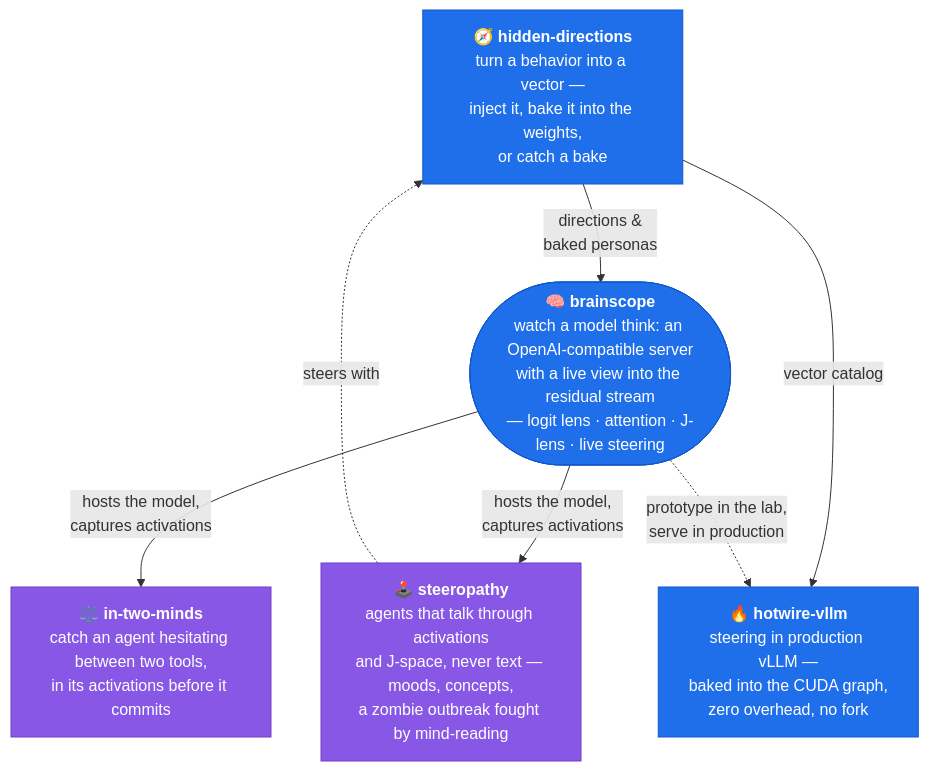
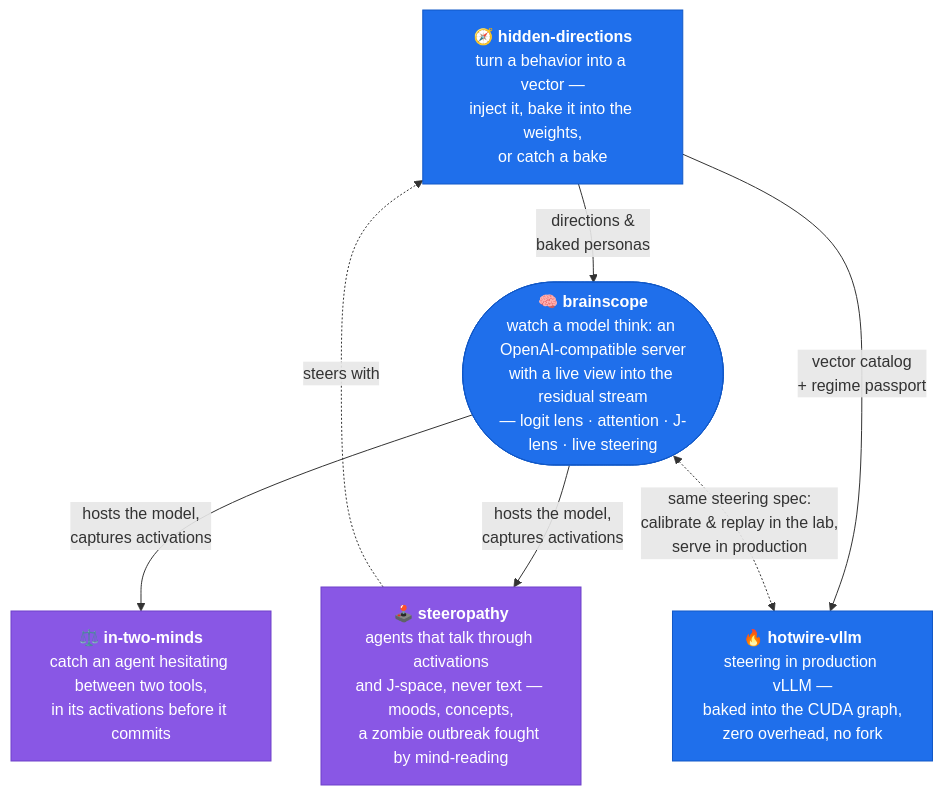
The diagram in README.md (moudrkat/moudrkat), drawn with Mermaid before and after one commit. The commit also changed other lines of this file, not shown here.

Commit message:
profile: brainscope and hotwire share one steering spec — calibrate, deploy, replay

````diff
--- a/README.md
+++ b/README.md
@@ -24,26 +24,26 @@
 ```mermaid
 flowchart TD
     hd["🧭 <b>hidden-directions</b><br/>turn a behavior into a vector —<br/>inject it, bake it into the weights,<br/>or catch a bake"]
     bs(["🧠 <b>brainscope</b><br/>watch a model think: an OpenAI-compatible server<br/>with a live view into the residual stream<br/>— logit lens · attention · J-lens · live steering"])
     st["🕹️ <b>steeropathy</b><br/>agents that talk through activations<br/>and J-space, never text — moods, concepts,<br/>a zombie outbreak fought by mind-reading"]
     tm["⚖️ <b>in-two-minds</b><br/>catch an agent hesitating between two tools,<br/>in its activations before it commits"]
     hw["🔥 <b>hotwire-vllm</b><br/>steering in production vLLM —<br/>baked into the CUDA graph,<br/>zero overhead, no fork"]
 
     hd -->|"directions &<br/>baked personas"| bs
     bs -->|"hosts the model,<br/>captures activations"| st
     bs -->|"hosts the model,<br/>captures activations"| tm
     st -.->|"steers with"| hd
-    hd -->|"vector catalog"| hw
-    bs -.->|"prototype in the lab,<br/>serve in production"| hw
+    hd -->|"vector catalog<br/>+ regime passport"| hw
+    bs <-.->|"same steering spec:<br/>calibrate & replay in the lab,<br/>serve in production"| hw
 
     click hd "https://github.com/moudrkat/hidden-directions"
     click bs "https://github.com/moudrkat/brainscope"
     click st "https://github.com/moudrkat/steeropathy"
     click tm "https://github.com/moudrkat/in-two-minds"
     click hw "https://github.com/moudrkat/hotwire-vllm"
 
     classDef engine fill:#1f6feb,stroke:#1158c7,color:#ffffff;
     classDef exp fill:#8957e5,stroke:#6e40c9,color:#ffffff;
     class bs,hd,hw engine;
     class st,tm exp;
 ```
````
